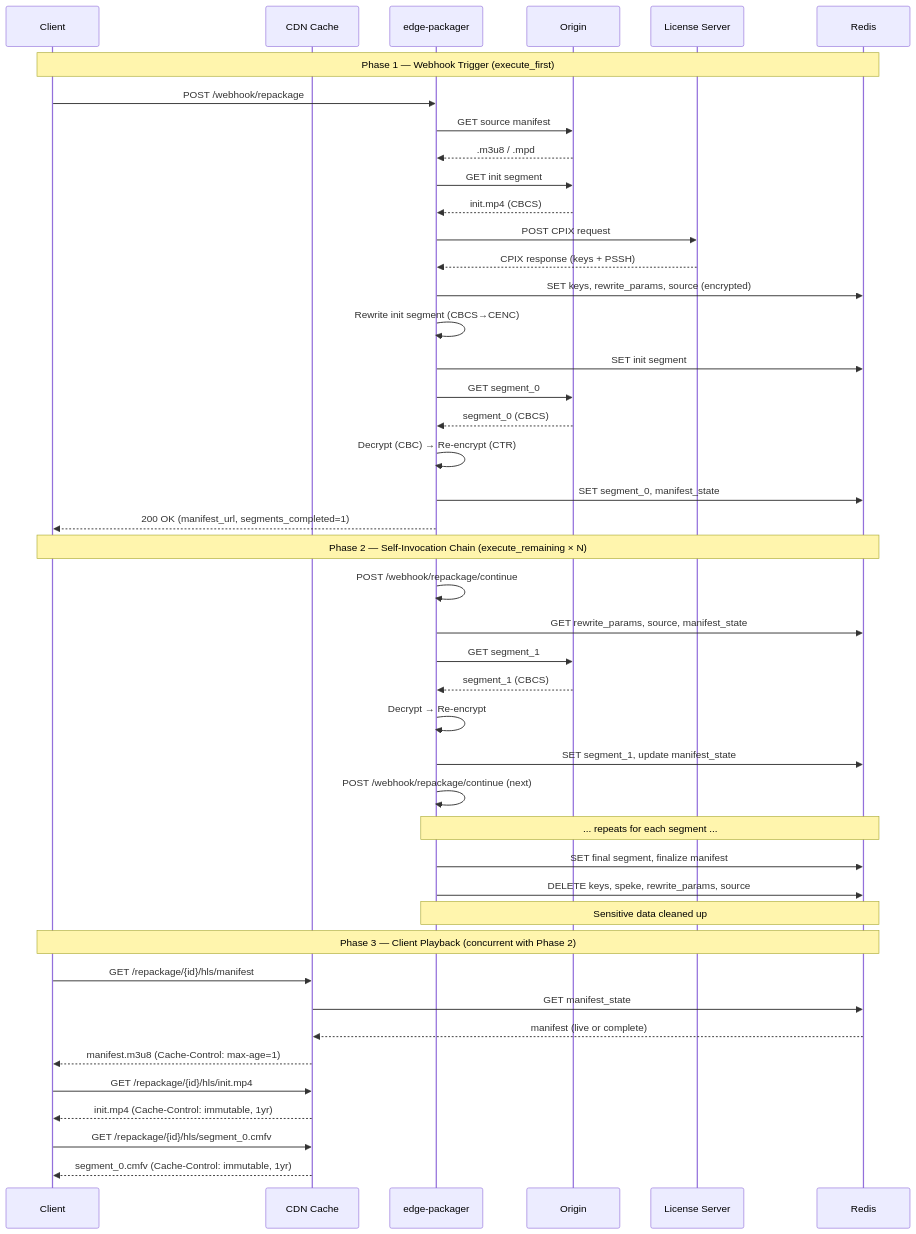
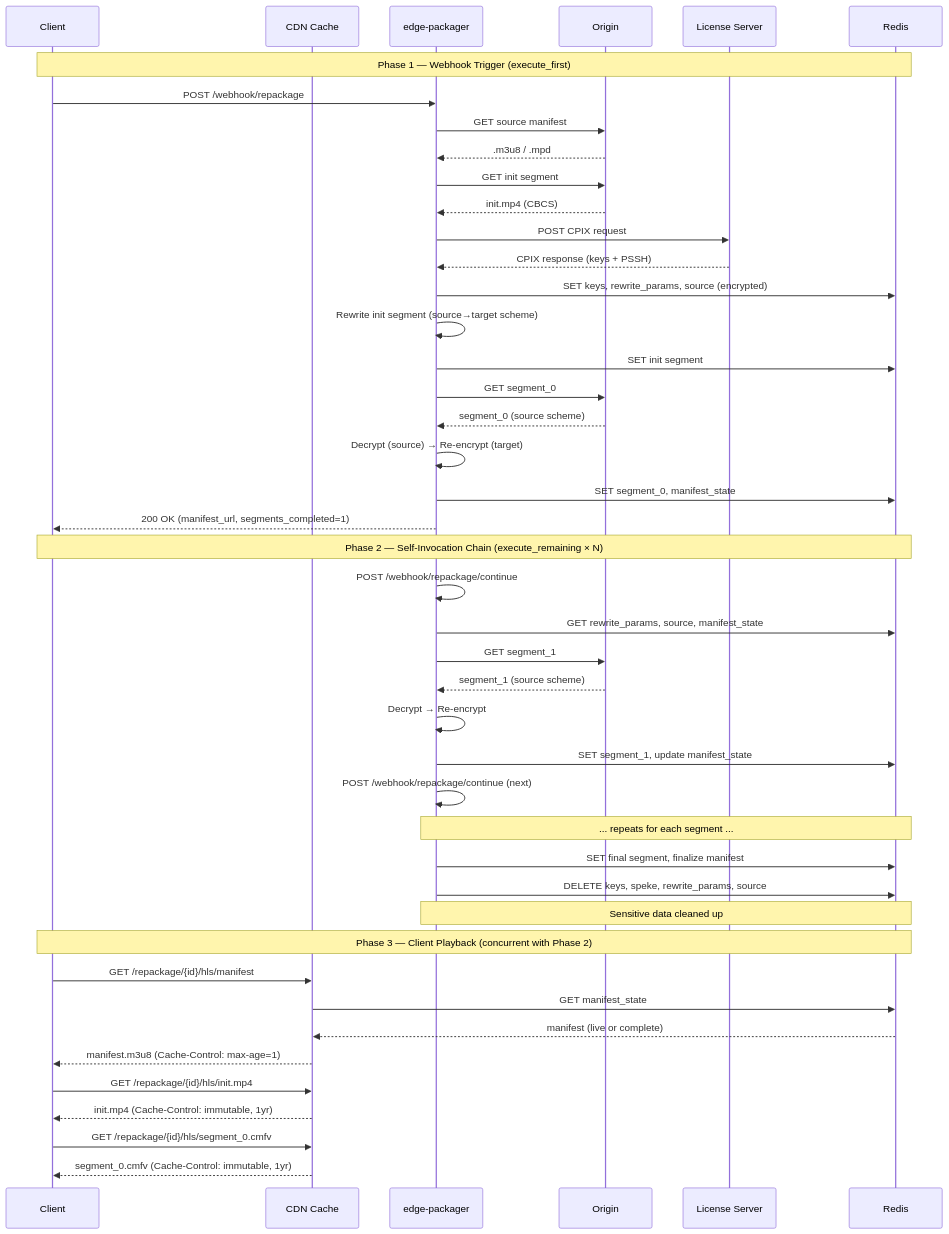
One commit to adrums86/edgepack changed the fourth of 9 diagrams in docs/architecture.md. Above: the diagram before and after it, drawn with Mermaid. The commit also changed other lines of this file and 22 other files, not shown here.

````diff
--- a/docs/architecture.md
+++ b/docs/architecture.md
@@ -171,51 +171,51 @@
 ```mermaid
 sequenceDiagram
     participant Client
     participant CDN as CDN Cache
     participant EP as edge-packager
     participant Origin
     participant SPEKE as License Server
     participant Redis
 
     Note over Client,Redis: Phase 1 — Webhook Trigger (execute_first)
     Client->>EP: POST /webhook/repackage
     EP->>Origin: GET source manifest
     Origin-->>EP: .m3u8 / .mpd
     EP->>Origin: GET init segment
     Origin-->>EP: init.mp4 (CBCS)
     EP->>SPEKE: POST CPIX request
     SPEKE-->>EP: CPIX response (keys + PSSH)
     EP->>Redis: SET keys, rewrite_params, source (encrypted)
-    EP->>EP: Rewrite init segment (CBCS→CENC)
+    EP->>EP: Rewrite init segment (source→target scheme)
     EP->>Redis: SET init segment
     EP->>Origin: GET segment_0
-    Origin-->>EP: segment_0 (CBCS)
-    EP->>EP: Decrypt (CBC) → Re-encrypt (CTR)
+    Origin-->>EP: segment_0 (source scheme)
+    EP->>EP: Decrypt (source) → Re-encrypt (target)
     EP->>Redis: SET segment_0, manifest_state
     EP-->>Client: 200 OK (manifest_url, segments_completed=1)
 
     Note over Client,Redis: Phase 2 — Self-Invocation Chain (execute_remaining × N)
     EP->>EP: POST /webhook/repackage/continue
     EP->>Redis: GET rewrite_params, source, manifest_state
     EP->>Origin: GET segment_1
-    Origin-->>EP: segment_1 (CBCS)
+    Origin-->>EP: segment_1 (source scheme)
     EP->>EP: Decrypt → Re-encrypt
     EP->>Redis: SET segment_1, update manifest_state
     EP->>EP: POST /webhook/repackage/continue (next)
 
     Note over EP,Redis: ... repeats for each segment ...
 
     EP->>Redis: SET final segment, finalize manifest
     EP->>Redis: DELETE keys, speke, rewrite_params, source
     Note over EP,Redis: Sensitive data cleaned up
 
     Note over Client,Redis: Phase 3 — Client Playback (concurrent with Phase 2)
     Client->>CDN: GET /repackage/{id}/hls/manifest
     CDN->>Redis: GET manifest_state
     Redis-->>CDN: manifest (live or complete)
     CDN-->>Client: manifest.m3u8 (Cache-Control: max-age=1)
     Client->>CDN: GET /repackage/{id}/hls/init.mp4
     CDN-->>Client: init.mp4 (Cache-Control: immutable, 1yr)
     Client->>CDN: GET /repackage/{id}/hls/segment_0.cmfv
     CDN-->>Client: segment_0.cmfv (Cache-Control: immutable, 1yr)
 ```
````
